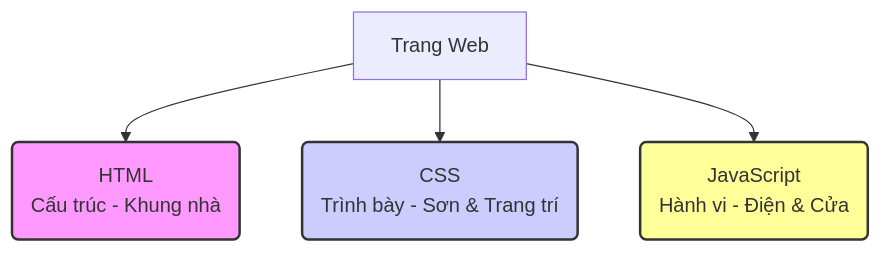
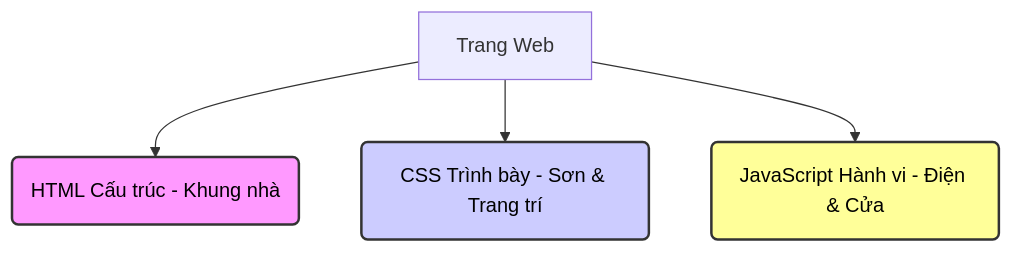
One commit to dnh2703/teaching changed the first of 3 diagrams in Giới thiệu về HTML, CSS và JavaScript_ Bộ ba nền tảng của Web.md. Above: the diagram before and after it, drawn with Mermaid. The commit also changed other lines of this file, not shown here.

Commit message:
Update Giới thiệu về HTML, CSS và JavaScript_ Bộ ba nền tảng của Web.md

````diff
--- a/Giới thiệu về HTML, CSS và JavaScript_ Bộ ba nền tảng của Web.md
+++ b/Giới thiệu về HTML, CSS và JavaScript_ Bộ ba nền tảng của Web.md
@@ -9,10 +9,10 @@
 ```mermaid
 graph TD
-    A[Trang Web] --> B(HTML<br>Cấu trúc - Khung nhà);
-    A --> C(CSS<br>Trình bày - Sơn & Trang trí);
-    A --> D(JavaScript<br>Hành vi - Điện & Cửa);
+    A[Trang Web] --> B("HTML Cấu trúc - Khung nhà");
+    A --> C("CSS Trình bày - Sơn & Trang trí");
+    A --> D("JavaScript Hành vi - Điện & Cửa");
 
-    style B fill:#f9f,stroke:#333,stroke-width:2px
-    style C fill:#ccf,stroke:#333,stroke-width:2px
-    style D fill:#ff9,stroke:#333,stroke-width:2px
+    style B color:black,fill:#f9f,stroke:#333,stroke-width:2px
+    style C color:black,fill:#ccf,stroke:#333,stroke-width:2px
+    style D color:black,fill:#ff9,stroke:#333,stroke-width:2px
 ```
````
